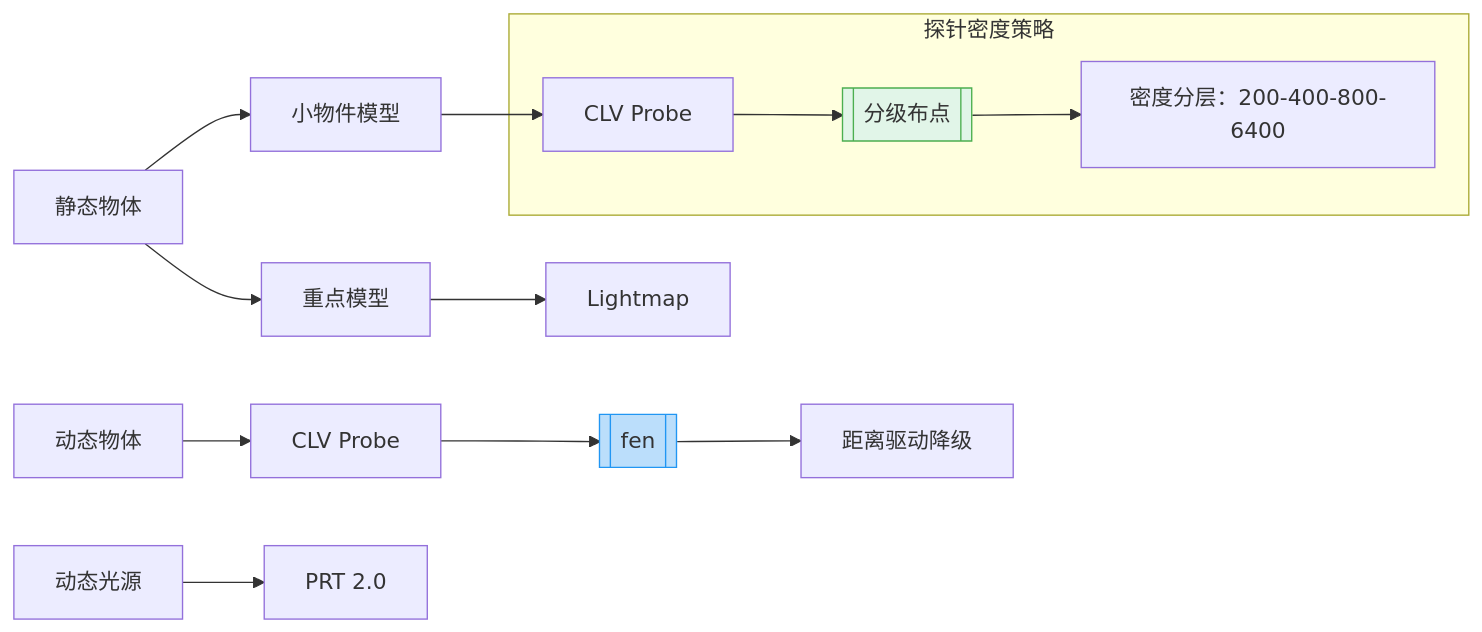
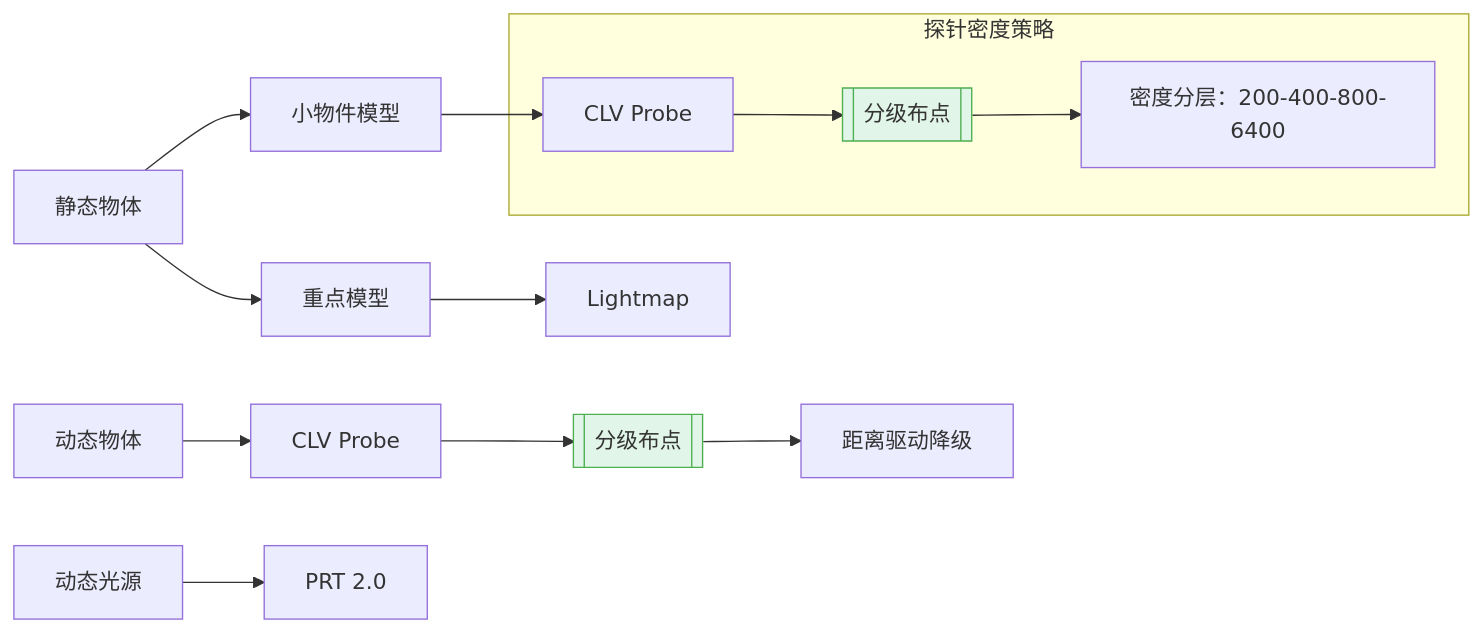
One commit to archieluan/iodraw-files changed the diagram in all/未命名-5.md. Above: the diagram before and after it, drawn with Mermaid.

Commit message:
2025-07-08 10:55:39 update

````diff
--- a/all/未命名-5.md
+++ b/all/未命名-5.md
@@ -1,21 +1,21 @@
 ```mermaid
 graph LR
   %% 保留原基础框架
   A[静态物体] --> A1[重点模型] --> A2[Lightmap]
   A --> B[小物件模型] --> B1[CLV Probe]
   
   %% 新增分级标注
   subgraph 探针密度策略
     B1 --> C[[分级布点]]
     C --> C1["密度分层：200-400-800-6400"]
     style C fill:#e1f5e8,stroke:#4caf50
   end
   
   %% 动态部分严格区分
   D[动态物体] --> D1[CLV Probe] 
-  D1 --> D2[[fen]] 
+  D1 --> D2[[分级布点]] 
   D2 --> D3[距离驱动降级]
-  style D2 fill:#bbdefb,stroke:#2196f3
+  style D2 fill:#e1f5e8,stroke:#4caf50
   
   E[动态光源] --> E1[PRT 2.0]
 ```
````
